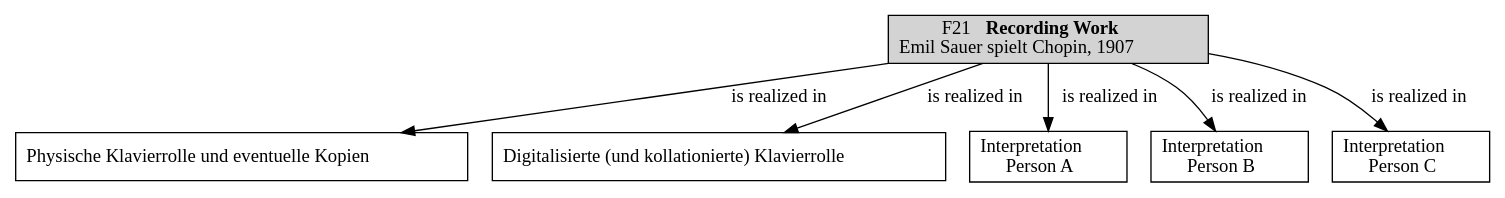
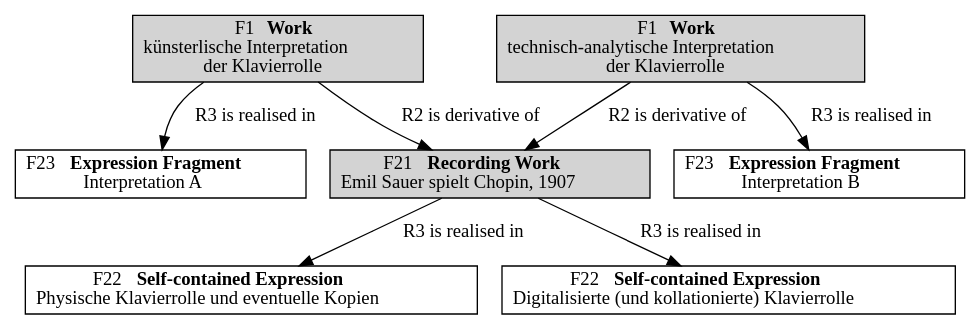
One commit to pfefferniels/roll-desk changed the diagram in figures/overview.dot. Above: the diagram before and after it, drawn with Graphviz.

Commit message:
refine work scheme

```diff
--- a/figures/overview.dot
+++ b/figures/overview.dot
@@ -1,13 +1,19 @@
 digraph G {
     node [shape="box"]
 
     PerformanceWork[label=<F21 <B>Recording Work</B><BR/>Emil Sauer spielt Chopin, 1907> style=filled]
 
-    Expression1[label=<Physische Klavierrolle und eventuelle Kopien>]
-    Expression2[label=<Digitalisierte (und kollationierte) Klavierrolle>]
-    Expression3[label=<Interpretation<BR/>Person A>]
-    Expression4[label=<Interpretation<BR/>Person B>]
-    Expression5[label=<Interpretation<BR/>Person C>]
+    Expression1[label=<F22 <B>Self-contained Expression</B><BR/>Physische Klavierrolle und eventuelle Kopien>]
+    Expression2[label=<F22 <B>Self-contained Expression</B><BR/>Digitalisierte (und kollationierte) Klavierrolle>]
+    PerformanceWork -> Expression1, Expression2[label="R3 is realised in"]
 
-    PerformanceWork -> Expression1, Expression2, Expression3, Expression4, Expression5[label="is realized in"]
+    InterpretationWork1[label=<F1 <B>Work</B><BR/>künsterlische Interpretation<BR/>der Klavierrolle> style=filled]
+    Expression3[label=<F23 <B>Expression Fragment</B><BR/>Interpretation A>]
+    InterpretationWork1 -> Expression3[label="R3 is realised in"]
+
+    InterpretationWork2[label=<F1 <B>Work</B><BR/>technisch-analytische Interpretation<BR/>der Klavierrolle> style=filled]
+    Expression4[label=<F23 <B>Expression Fragment</B><BR/>Interpretation B>]
+    InterpretationWork2 -> Expression4[label="R3 is realised in"]
+
+    InterpretationWork1,InterpretationWork2->PerformanceWork[label="R2 is derivative of"]    
 }
```
